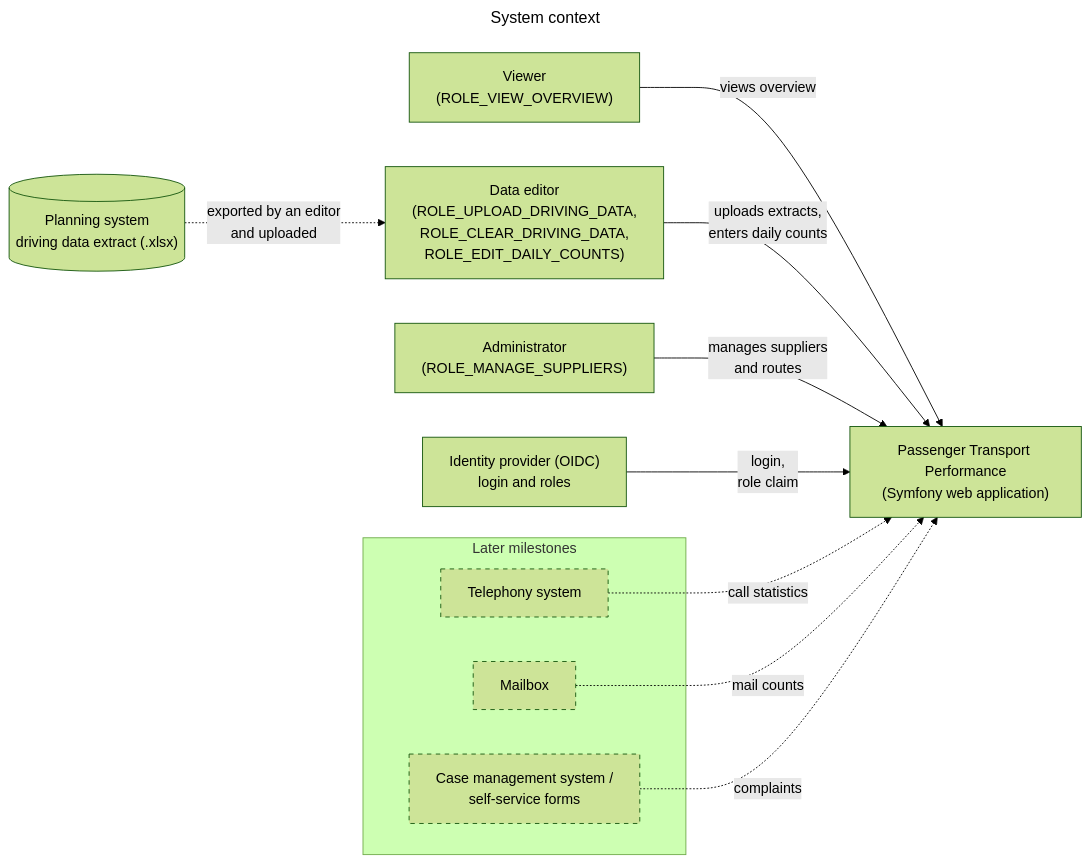
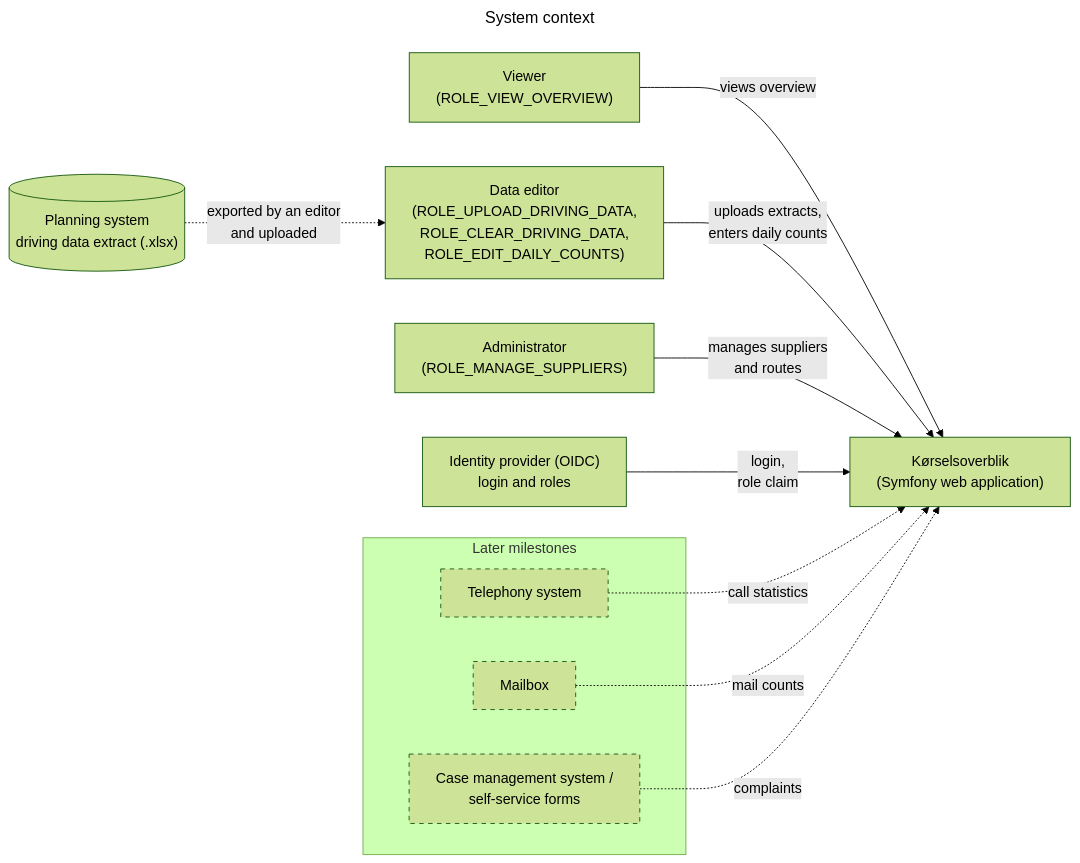
The first of 7 diagrams in docs/architecture.md (itk-dev/koerselsoverblik), drawn with Mermaid (forest theme) before and after one commit. The commit also changed other lines of this file and 8 other files, not shown here.

````diff
--- a/docs/architecture.md
+++ b/docs/architecture.md
@@ -42,33 +42,33 @@
 ```mermaid
 ---
 title: System context
 ---
 flowchart LR
     user["Viewer<br/>(ROLE_VIEW_OVERVIEW)"]
     editor["Data editor<br/>(ROLE_UPLOAD_DRIVING_DATA,<br/>ROLE_CLEAR_DRIVING_DATA,<br/>ROLE_EDIT_DAILY_COUNTS)"]
     admin["Administrator<br/>(ROLE_MANAGE_SUPPLIERS)"]
 
-    app["Passenger Transport Performance<br/>(Symfony web application)"]
+    app["Kørselsoverblik<br/>(Symfony web application)"]
 
     planning[("Planning system<br/>driving data extract (.xlsx)")]
     idp["Identity provider (OIDC)<br/>login and roles"]
 
     subgraph later["Later milestones"]
         telephony["Telephony system"]
         mailbox["Mailbox"]
         cases["Case management system /<br/>self-service forms"]
     end
 
     user -- "views overview" --> app
     editor -- "uploads extracts,<br/>enters daily counts" --> app
     admin -- "manages suppliers<br/>and routes" --> app
     planning -. "exported by an editor<br/>and uploaded" .-> editor
     idp -- "login,<br/>role claim" --> app
 
     telephony -. "call statistics" .-> app
     mailbox -. "mail counts" .-> app
     cases -. "complaints" .-> app
 
     classDef future stroke-dasharray: 5 5
     class telephony,mailbox,cases future
 ```
````
